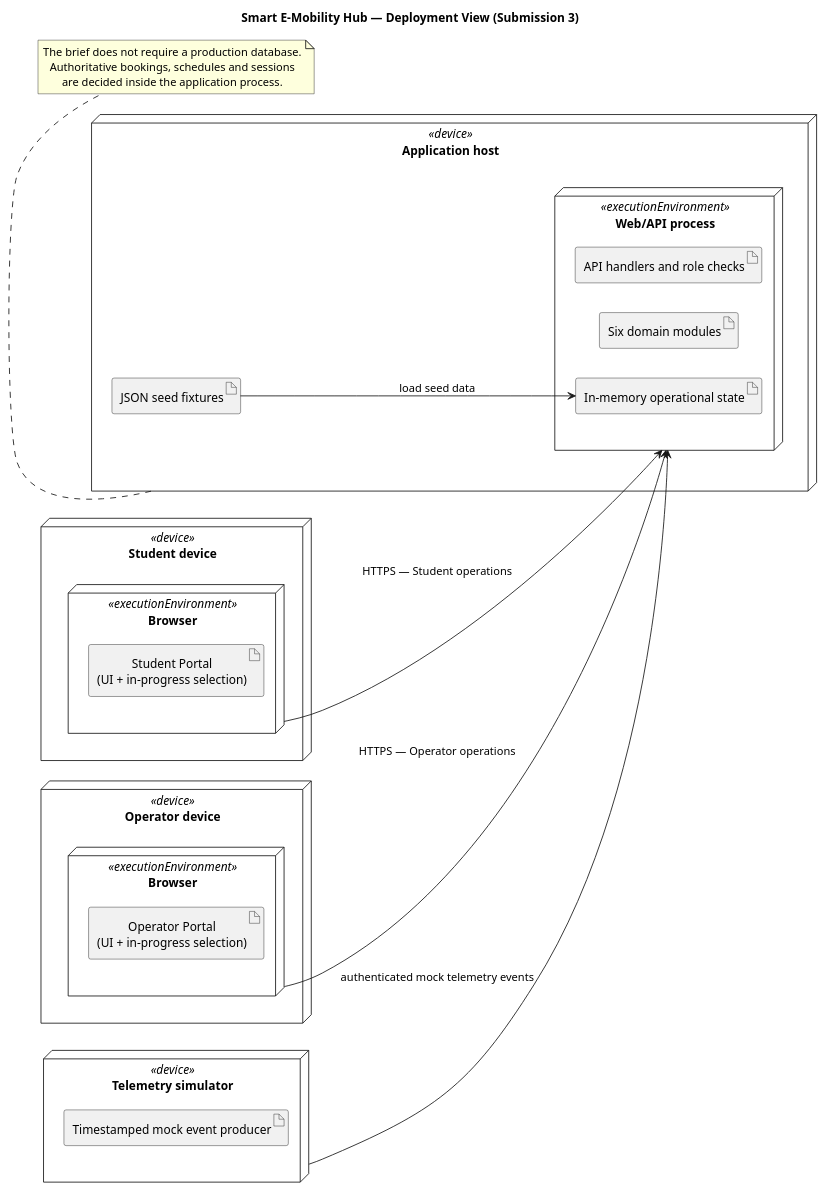
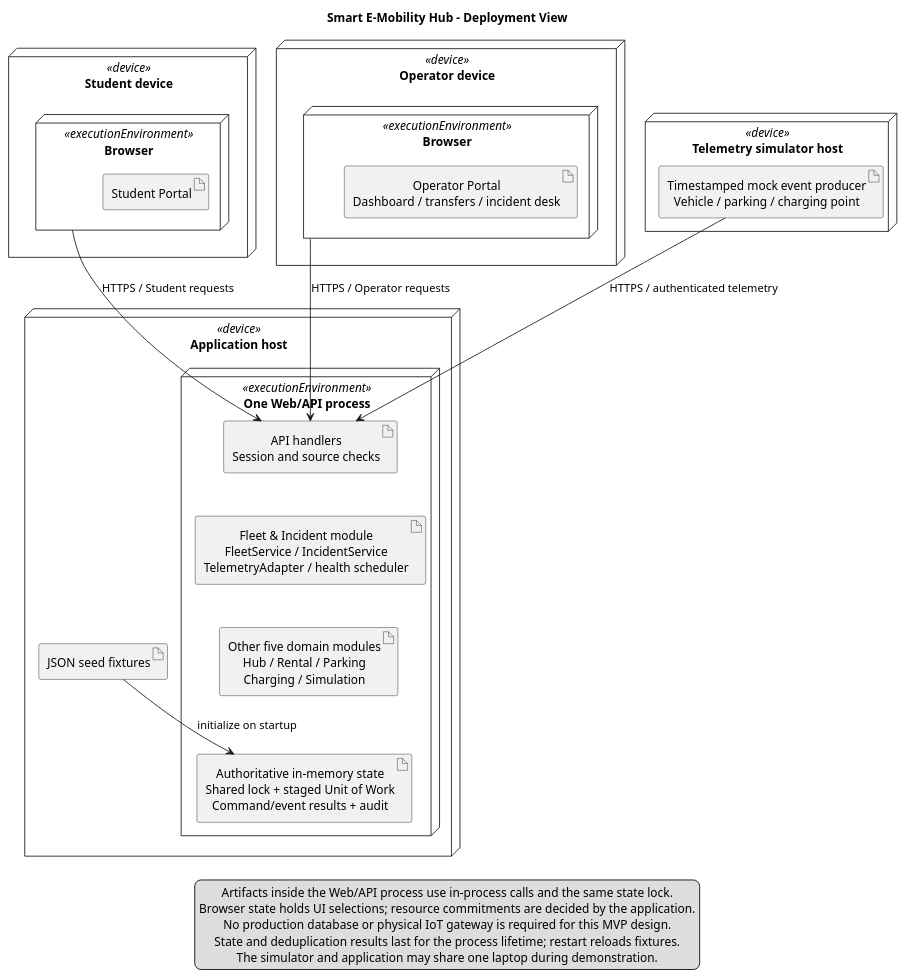
The diagram in docs/submission-3/deployment-view/Deployment_View.puml (thanhpham1108/smart-e-mobility-hub), drawn with PlantUML before and after one commit. The commit also changed 15 other files, not shown here.

```diff
--- a/docs/submission-3/deployment-view/Deployment_View.puml
+++ b/docs/submission-3/deployment-view/Deployment_View.puml
@@ -1,43 +1,45 @@
 @startuml Deployment_View
-title Smart E-Mobility Hub — Deployment View (Submission 3)
-left to right direction
+title Smart E-Mobility Hub - Deployment View
+top to bottom direction
 skinparam shadowing false
 skinparam componentStyle rectangle
 skinparam defaultTextAlignment center
-
+skinparam nodesep 40
+skinparam ranksep 50
 node "Student device" <<device>> as StudentDevice {
   node "Browser" <<executionEnvironment>> as StudentBrowser {
-    artifact "Student Portal\n(UI + in-progress selection)" as StudentUI
+    artifact "Student Portal" as StudentUI
   }
 }
-
 node "Operator device" <<device>> as OperatorDevice {
   node "Browser" <<executionEnvironment>> as OperatorBrowser {
-    artifact "Operator Portal\n(UI + in-progress selection)" as OperatorUI
+    artifact "Operator Portal\nDashboard / transfers / incident desk" as OperatorUI
   }
 }
-
+node "Telemetry simulator host" <<device>> as SimulatorHost {
+  artifact "Timestamped mock event producer\nVehicle / parking / charging point" as Producer
+}
 node "Application host" <<device>> as ApplicationHost {
-  node "Web/API process" <<executionEnvironment>> as ApplicationProcess {
-    artifact "API handlers and role checks" as API
-    artifact "Six domain modules" as Domain
-    artifact "In-memory operational state" as State
+  node "One Web/API process" <<executionEnvironment>> as Process {
+    artifact "API handlers\nSession and source checks" as API
+    artifact "Fleet & Incident module\nFleetService / IncidentService\nTelemetryAdapter / health scheduler" as Fleet
+    artifact "Other five domain modules\nHub / Rental / Parking\nCharging / Simulation" as Domain
+    artifact "Authoritative in-memory state\nShared lock + staged Unit of Work\nCommand/event results + audit" as State
   }
   artifact "JSON seed fixtures" as Fixtures
 }
-
-node "Telemetry simulator" <<device>> as SimulatorHost {
-  artifact "Timestamped mock event producer" as Producer
-}
-
-StudentBrowser --> ApplicationProcess : HTTPS — Student operations
-OperatorBrowser --> ApplicationProcess : HTTPS — Operator operations
-SimulatorHost --> ApplicationProcess : authenticated mock telemetry events
-Fixtures --> State : load seed data
-
-note bottom of ApplicationHost
-  The brief does not require a production database.
-  Authoritative bookings, schedules and sessions
-  are decided inside the application process.
-end note
+StudentBrowser --> API : HTTPS / Student requests
+OperatorBrowser --> API : HTTPS / Operator requests
+Producer --> API : HTTPS / authenticated telemetry
+Fixtures --> State : initialize on startup
+API -[hidden]-> Fleet
+Fleet -[hidden]-> Domain
+Domain -[hidden]-> State
+legend bottom
+  Artifacts inside the Web/API process use in-process calls and the same state lock.
+  Browser state holds UI selections; resource commitments are decided by the application.
+  No production database or physical IoT gateway is required for this MVP design.
+  State and deduplication results last for the process lifetime; restart reloads fixtures.
+  The simulator and application may share one laptop during demonstration.
+endlegend
 @enduml
```
